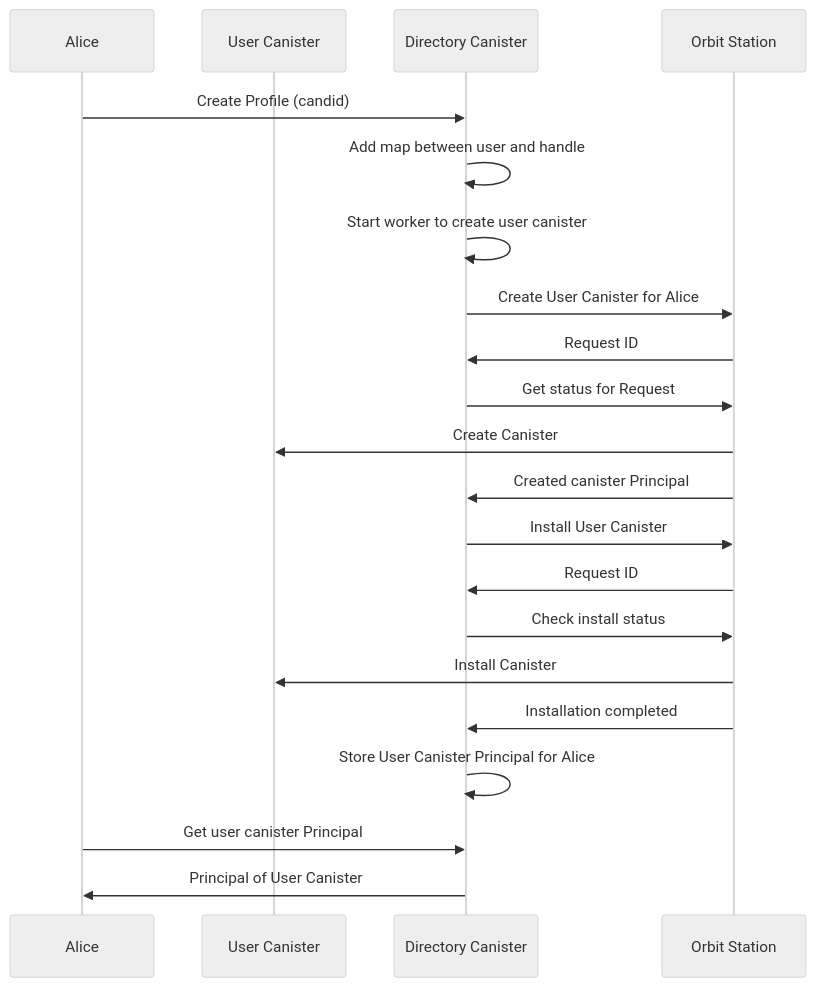
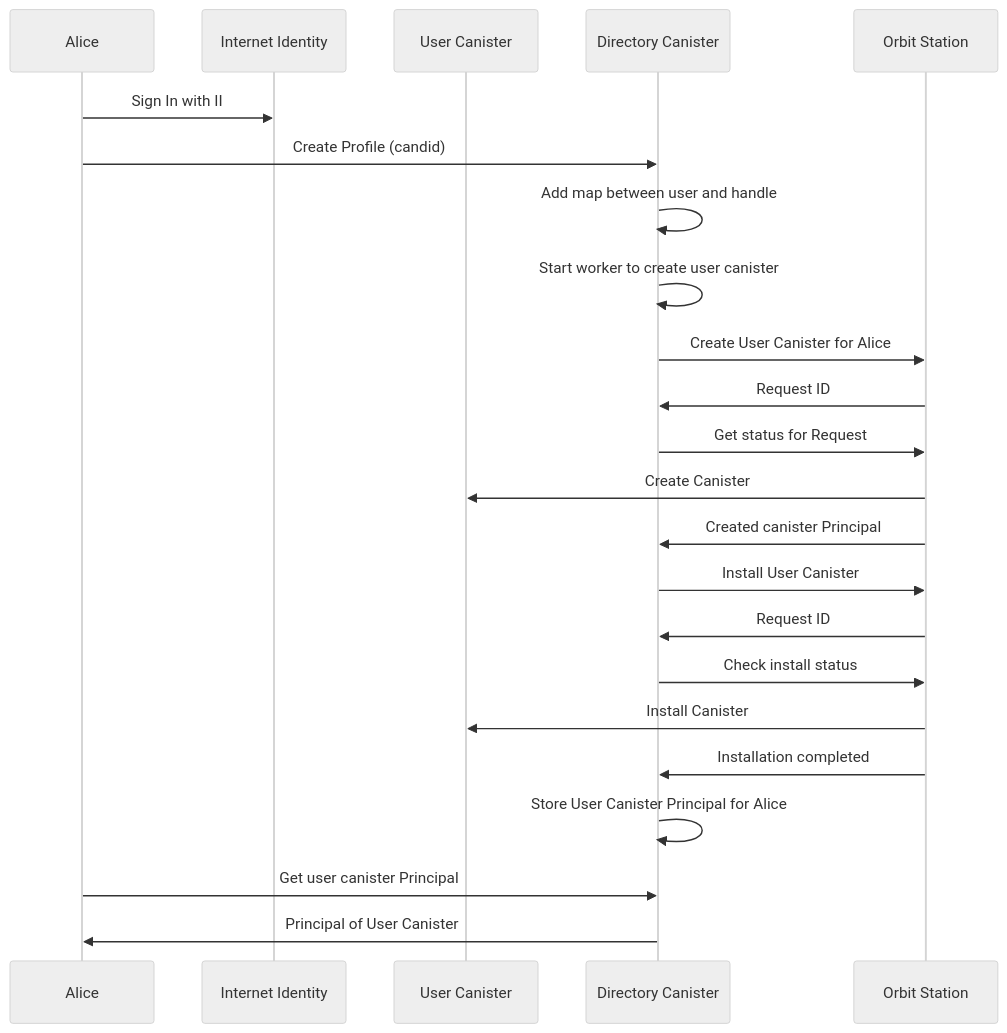
Before and after one commit to veeso/mastic: the second of 11 diagrams in docs/architecture/README.md, drawn with Mermaid (neutral theme). The commit also changed other lines of this file and 26 other files, not shown here.

Commit message:
docs: Architecture and Flows

````diff
--- a/docs/architecture/README.md
+++ b/docs/architecture/README.md
@@ -48,24 +54,26 @@
 ```mermaid
 sequenceDiagram
     participant A as Alice
+    participant II as Internet Identity
     participant UC as User Canister
     participant DIR as Directory Canister
     participant OS as Orbit Station
 
+    A->>II: Sign In with II
     A->>DIR: Create Profile (candid)
     DIR->>DIR: Add map between user and handle
     DIR->>DIR: Start worker to create user canister
     DIR->>OS: Create User Canister for Alice
     OS->>DIR: Request ID
     DIR->>OS: Get status for Request
     OS->>UC: Create Canister
     OS->>DIR: Created canister Principal
     DIR->>OS: Install User Canister
     OS->>DIR: Request ID
     DIR->>OS: Check install status
     OS->>UC: Install Canister
     OS->>DIR: Installation completed
     DIR->>DIR: Store User Canister Principal for Alice
     A->>DIR: Get user canister Principal
     DIR->>A: Principal of User Canister
 ```
````
